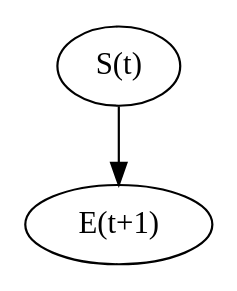
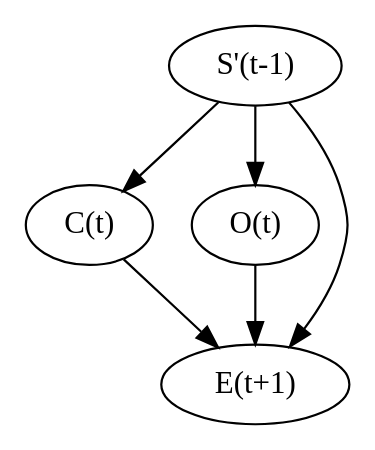
Before and after one commit to massma/causality-earth-science: the diagram in dot/reconstruction.dot, drawn with Graphviz. The commit also changed 5 other files, not shown here.

```diff
--- a/dot/reconstruction.dot
+++ b/dot/reconstruction.dot
@@ -1,7 +1,13 @@
 digraph G {
-	s[label="S(t)"];
+	s[label="S'(t-1)"];
+        c[label="C(t)"];
+        o[label="O(t)"];
 	e[label="E(t+1)"];
 
-	s -> e;
+	s -> c;
+        s -> o;
+        c -> e;
+        o -> e;
+        s -> e;
 
 }
```
